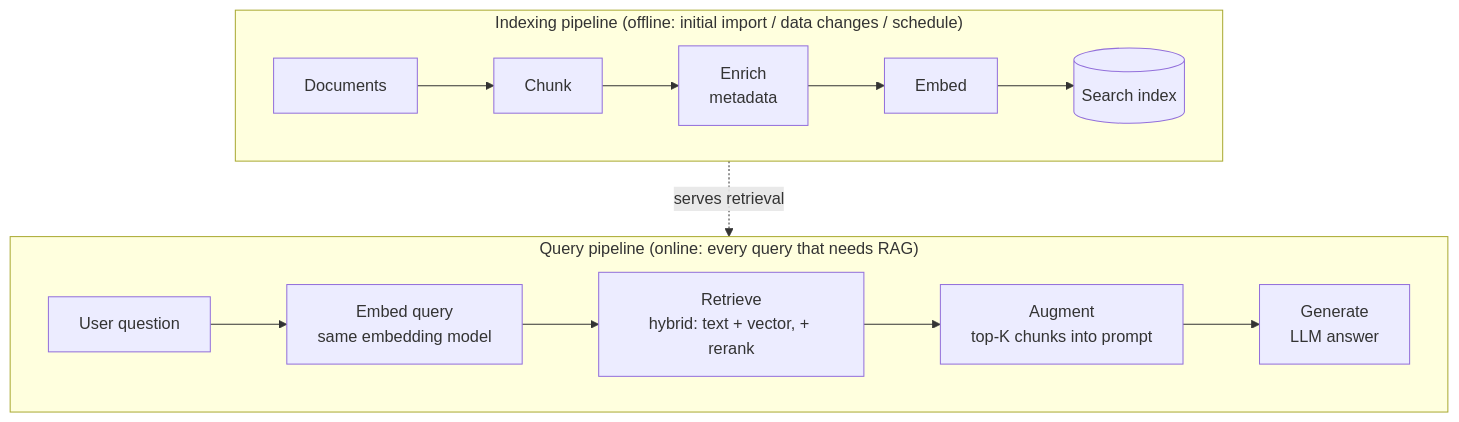
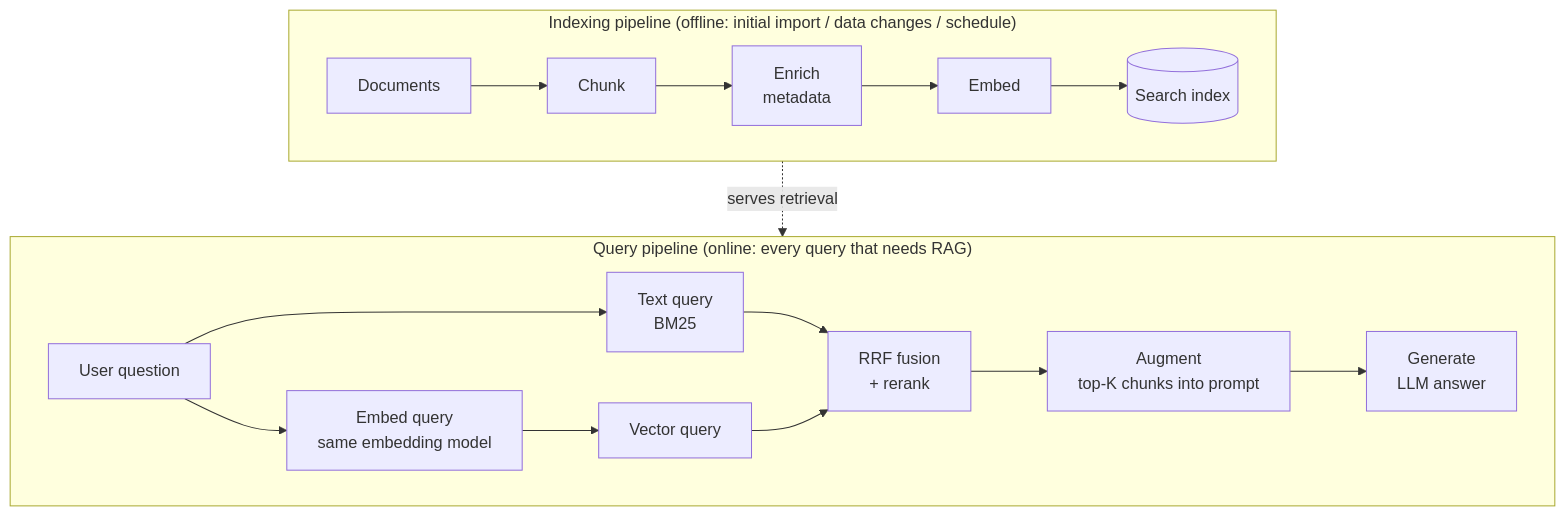
The diagram in docs/diagrams/rag-two-pipelines.md (kehao-playground/azure-genai-backend-lab), drawn with Mermaid before and after one commit.

Commit message:
docs: hybrid query topology — parallel text/BM25 + vector branches into RRF fusion + rerank (Hermes r04 finding 1)

````diff
--- a/docs/diagrams/rag-two-pipelines.md
+++ b/docs/diagrams/rag-two-pipelines.md
@@ -7,12 +7,16 @@
 ```mermaid
 flowchart TB
     subgraph indexing["Indexing pipeline (offline: initial import / data changes / schedule)"]
         direction LR
         A[Documents] --> B[Chunk] --> C[Enrich<br/>metadata] --> D[Embed] --> E[(Search index)]
     end
     subgraph query["Query pipeline (online: every query that needs RAG)"]
         direction LR
-        Q[User question] --> QE[Embed query<br/>same embedding model] --> R[Retrieve<br/>hybrid: text + vector, + rerank] --> G[Augment<br/>top-K chunks into prompt] --> L[Generate<br/>LLM answer]
+        Q[User question] --> T[Text query<br/>BM25]
+        Q --> QE[Embed query<br/>same embedding model] --> V[Vector query]
+        T --> F[RRF fusion<br/>+ rerank]
+        V --> F
+        F --> G[Augment<br/>top-K chunks into prompt] --> L[Generate<br/>LLM answer]
     end
-    E -.serves retrieval.-> R
+    E -.serves retrieval.-> F
 ```
````
